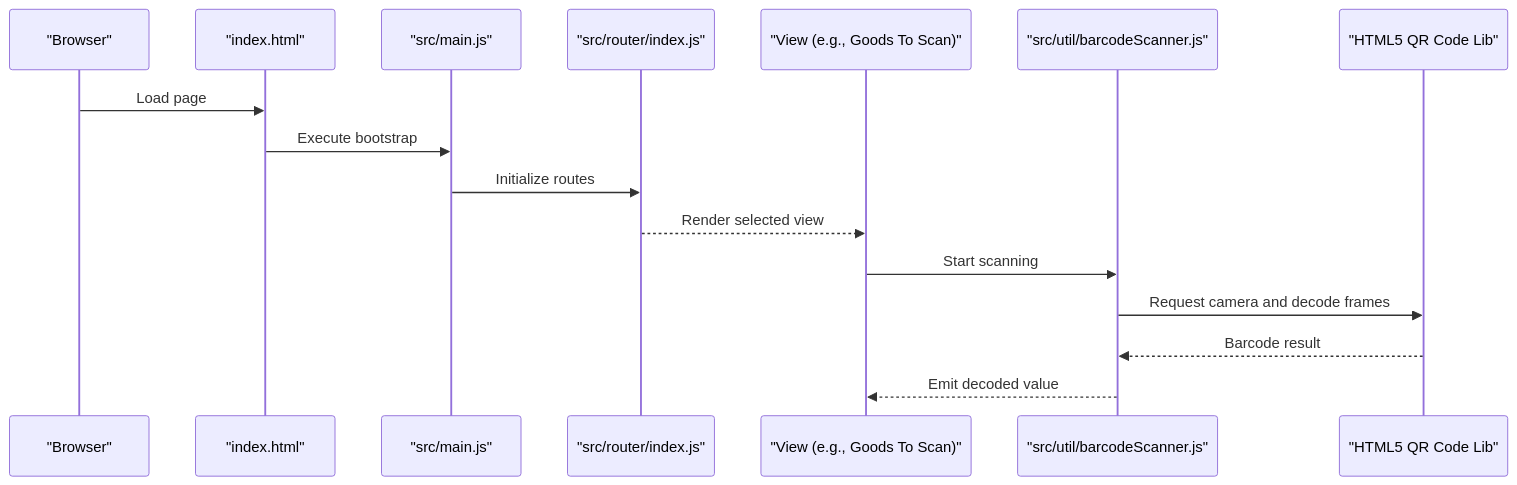
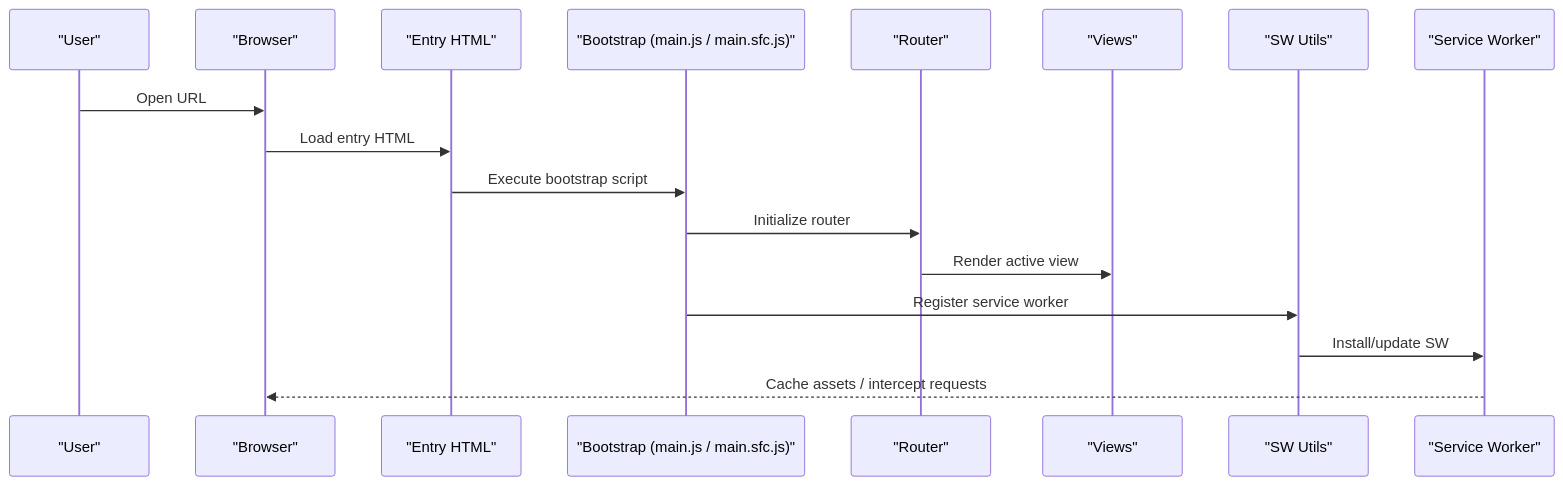
Before and after one commit to weiserman/ahm-gr-scanner-light-mode: the second of 3 diagrams in .qoder/repowiki/en/content/Getting Started.md, drawn with Mermaid. The commit also changed other lines of this file and 183 other files, not shown here.

````diff
--- a/.qoder/repowiki/en/content/Getting Started.md
+++ b/.qoder/repowiki/en/content/Getting Started.md
@@ -114,18 +119,19 @@
 ```mermaid
 sequenceDiagram
-participant Browser as "Browser"
-participant Index as "index.html"
-participant Main as "src/main.js"
-participant Router as "src/router/index.js"
-participant View as "View (e.g., Goods To Scan)"
-participant Scanner as "src/util/barcodeScanner.js"
-participant Lib as "HTML5 QR Code Lib"
-Browser->>Index : Load page
-Index->>Main : Execute bootstrap
-Main->>Router : Initialize routes
-Router-->>View : Render selected view
-View->>Scanner : Start scanning
-Scanner->>Lib : Request camera and decode frames
-Lib-->>Scanner : Barcode result
-Scanner-->>View : Emit decoded value
+participant U as "User"
+participant B as "Browser"
+participant E as "Entry HTML"
+participant M as "Bootstrap (main.js / main.sfc.js)"
+participant R as "Router"
+participant V as "Views"
+participant SWU as "SW Utils"
+participant SW as "Service Worker"
+U->>B : Open URL
+B->>E : Load entry HTML
+E->>M : Execute bootstrap script
+M->>R : Initialize router
+R->>V : Render active view
+M->>SWU : Register service worker
+SWU->>SW : Install/update SW
+SW-->>B : Cache assets / intercept requests
 ```
````
